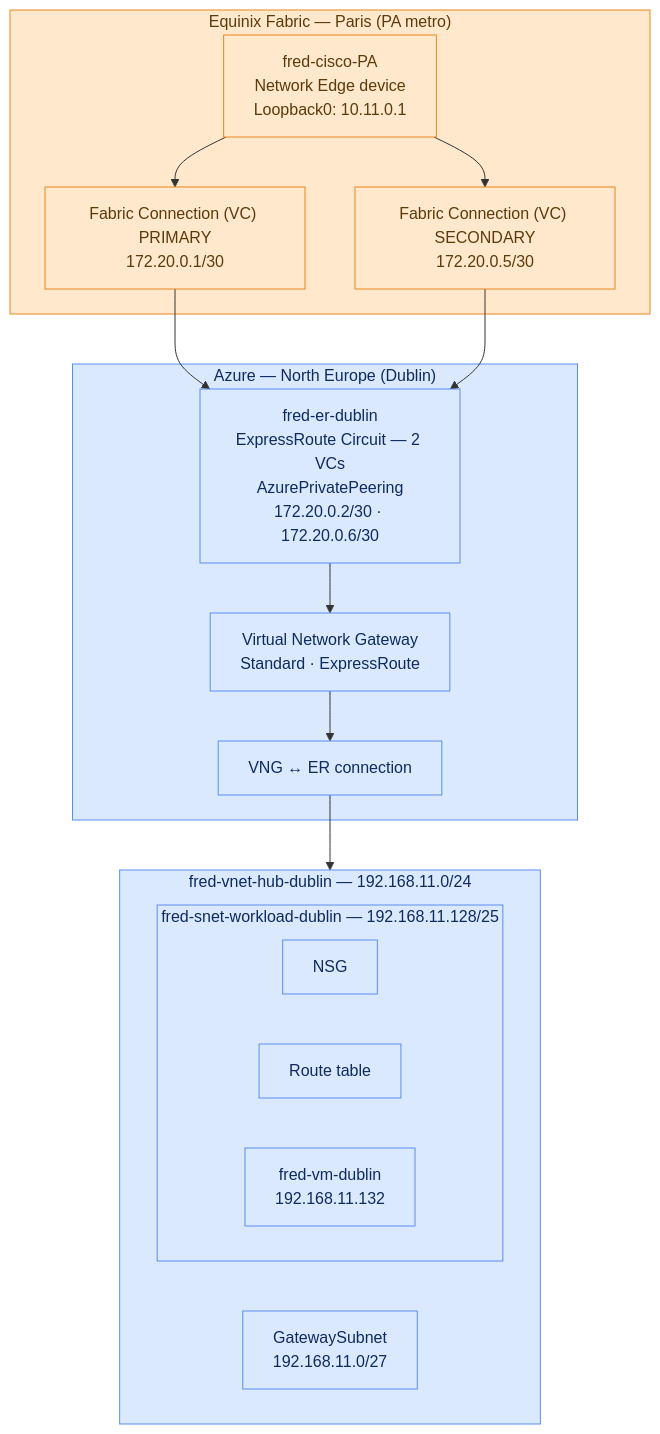
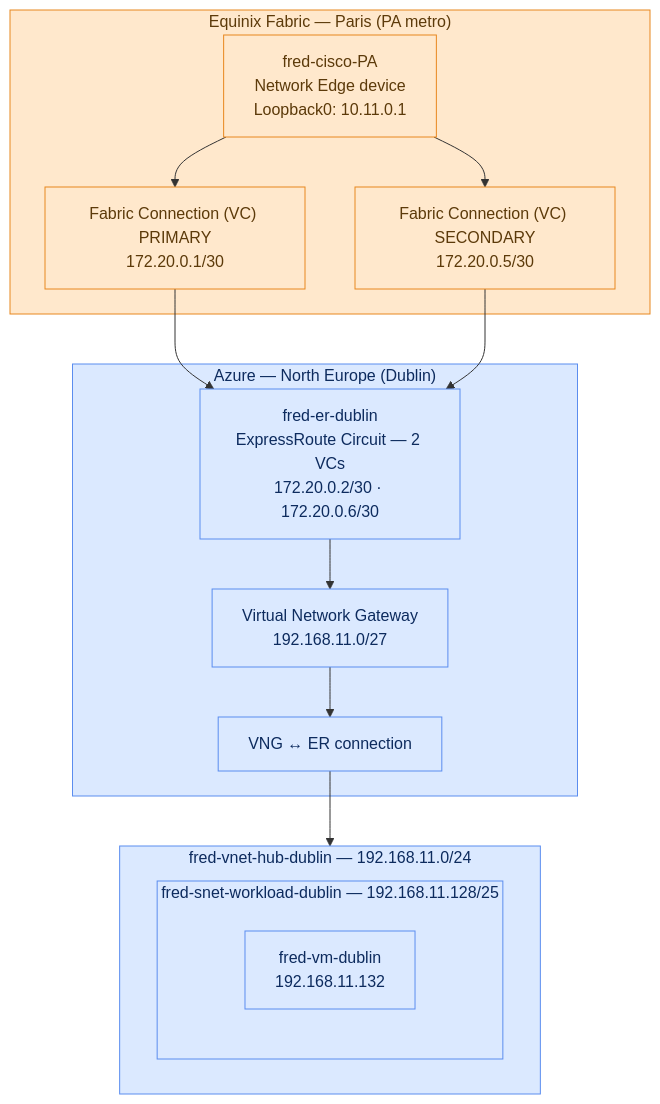
The diagram in README.md (festrade-equinix/eqx-azure-hub-minimal), drawn with Mermaid before and after one commit.

Commit message:
Section 2: simplify diagram further per request
- Removed NSG and Route table nodes from the Workload subgraph — only
  the VM remains.
- Merged GatewaySubnet into the VNG node: its CIDR (192.168.11.0/27) now
  sits at the bottom of the VNG label, replacing "Standard · ExpressRoute".
- Dropped the "AzurePrivatePeering" line from the ER Circuit node label,
  keeping just the circuit name/VC count and the peering IPs.

````diff
--- a/README.md
+++ b/README.md
@@ -60,38 +60,33 @@
 ```mermaid
 flowchart TB
     subgraph EQX["Equinix Fabric — Paris (PA metro)"]
         Device["fred-cisco-PA\nNetwork Edge device\nLoopback0: 10.11.0.1"]
         Primary["Fabric Connection (VC) PRIMARY\n172.20.0.1/30"]
         Secondary["Fabric Connection (VC) SECONDARY\n172.20.0.5/30"]
         Device --> Primary
         Device --> Secondary
     end
 
     subgraph AZC["Azure — North Europe (Dublin)"]
-        ERPeering["fred-er-dublin\nExpressRoute Circuit — 2 VCs\nAzurePrivatePeering\n172.20.0.2/30 · 172.20.0.6/30"]
-        VNG["Virtual Network Gateway\nStandard · ExpressRoute"]
+        ERPeering["fred-er-dublin\nExpressRoute Circuit — 2 VCs\n172.20.0.2/30 · 172.20.0.6/30"]
+        VNG["Virtual Network Gateway\n192.168.11.0/27"]
         VNGConn["VNG ↔ ER connection"]
         ERPeering --> VNG --> VNGConn
     end
 
     subgraph VNet["fred-vnet-hub-dublin — 192.168.11.0/24"]
-        GatewaySubnet["GatewaySubnet\n192.168.11.0/27"]
-
         subgraph Workload["fred-snet-workload-dublin — 192.168.11.128/25"]
-            direction LR
-            NSG["NSG"]
-            RouteTable["Route table"]
             VM["fred-vm-dublin\n192.168.11.132"]
         end
     end
 
     Primary --> ERPeering
     Secondary --> ERPeering
     VNGConn --> VNet
 
     classDef equinix fill:#ffe8cc,stroke:#e8871e,color:#5c3a0a
     classDef azure fill:#dbe9ff,stroke:#5b8def,color:#0d2b5e
 
     class EQX,Device,Primary,Secondary equinix
-    class AZC,ERPeering,VNG,VNGConn,VNet,Workload,GatewaySubnet,NSG,RouteTable,VM azure
+    class AZC,ERPeering,VNG,VNGConn,VNet,Workload,VM azure
 ```
````
